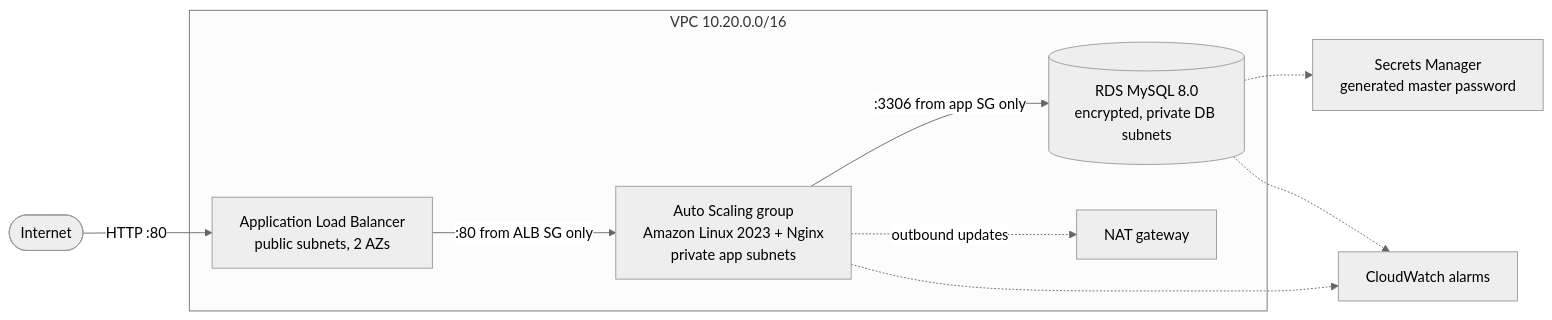
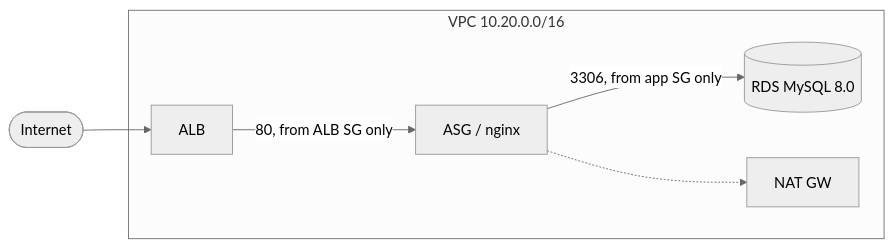
Before and after one commit to sukeshavula/aws-cloudformation-vpc-3tier: the diagram in README.md, drawn with Mermaid (neutral theme). The commit also changed other lines of this file, not shown here.

````diff
--- a/README.md
+++ b/README.md
@@ -13,12 +12,9 @@
 ```mermaid
 flowchart LR
-  user([Internet]) -->|HTTP :80| alb[Application Load Balancer<br/>public subnets, 2 AZs]
+  user([Internet]) --> alb[ALB]
   subgraph VPC["VPC 10.20.0.0/16"]
-    alb -->|:80 from ALB SG only| asg[Auto Scaling group<br/>Amazon Linux 2023 + Nginx<br/>private app subnets]
-    asg -->|:3306 from app SG only| rds[(RDS MySQL 8.0<br/>encrypted, private DB subnets)]
-    asg -.->|outbound updates| nat[NAT gateway]
+    alb -->|80, from ALB SG only| asg[ASG / nginx]
+    asg -->|3306, from app SG only| rds[(RDS MySQL 8.0)]
+    asg -.-> nat[NAT GW]
   end
-  rds -.-> sm[Secrets Manager<br/>generated master password]
-  asg -.-> cw[CloudWatch alarms]
-  rds -.-> cw
 ```
````
